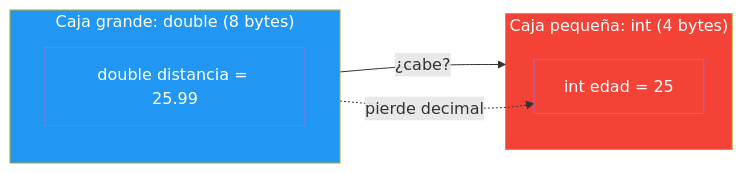
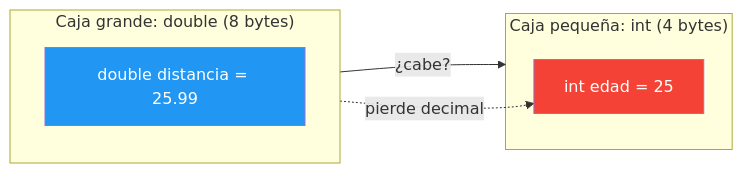
The third of 3 diagrams in 08-conversiones-tipo.md (joseluisgs/Programacion-01-2026-2027), drawn with Mermaid before and after one commit. The commit also changed other lines of this file and 3 other files, not shown here.

First line of the commit message:
docs: elimina los style de los subgraf de los diagramas Mermaid

````diff
--- a/08-conversiones-tipo.md
+++ b/08-conversiones-tipo.md
@@ -298,16 +296,14 @@
 ```mermaid
 graph LR
     subgraph CAJA_GRAN ["Caja grande: double (8 bytes)"]
         A1["double distancia = 25.99"]
     end
     subgraph CAJA_PEQ ["Caja pequeña: int (4 bytes)"]
         B1["int edad = 25"]
     end
     CAJA_GRAN -->|"¿cabe?"| CAJA_PEQ
     CAJA_GRAN -.->|"pierde decimal"| B1
 
-    style CAJA_GRAN fill:#2196F3,color:#fff
-    style CAJA_PEQ fill:#f44336,color:#fff
     style A1 fill:#2196F3,color:#fff
     style B1 fill:#f44336,color:#fff
 ```
````
